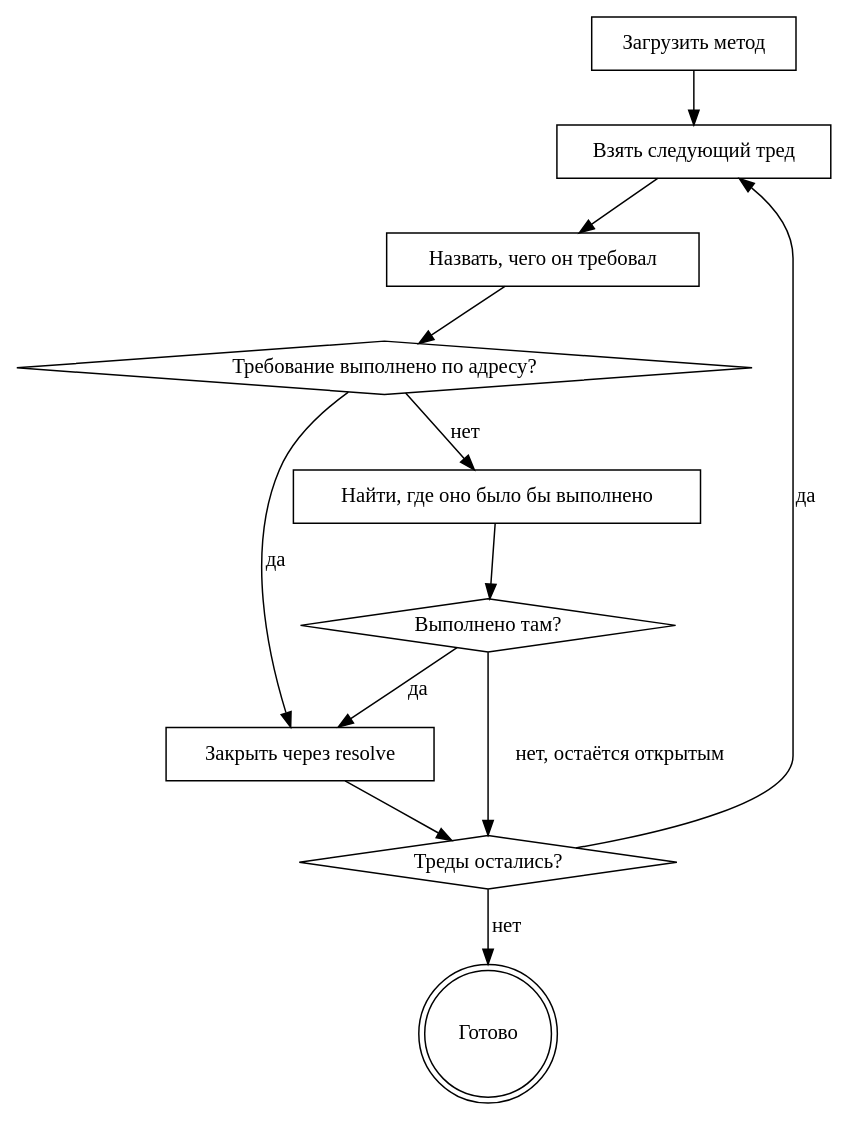
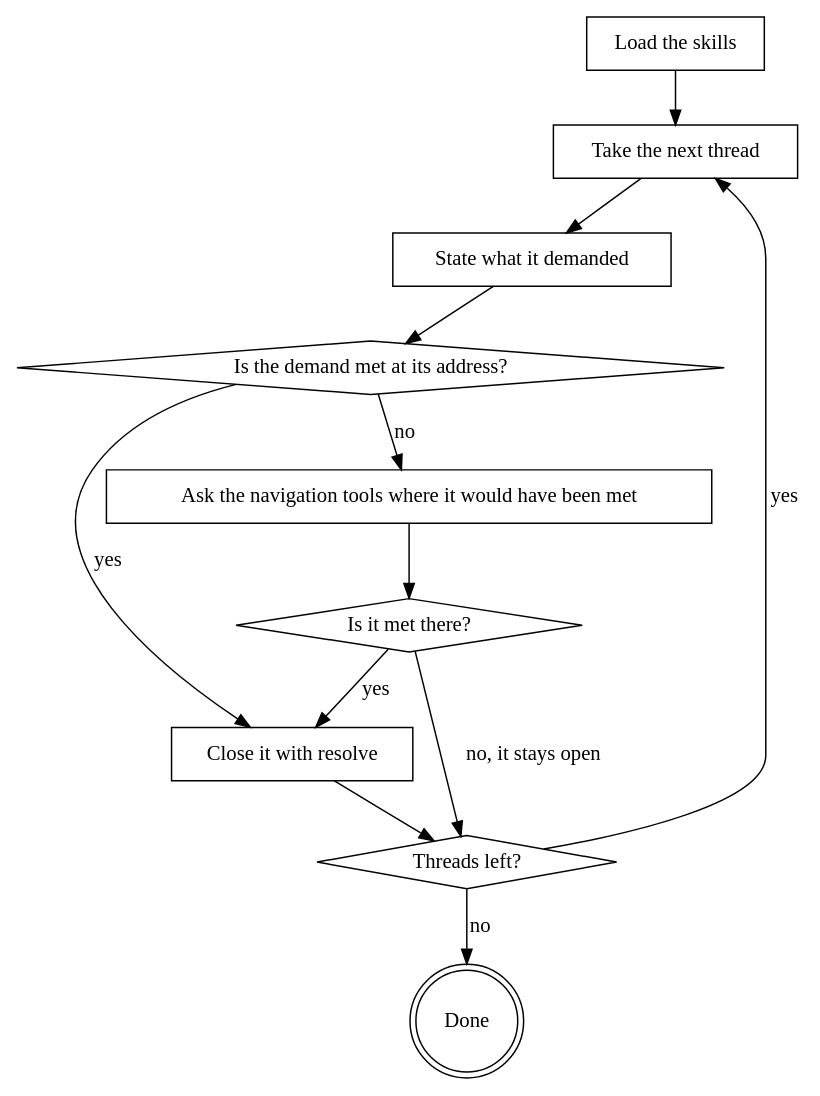
The diagram in src/stages/templates/threads.md (hakastein/llamer), drawn with Graphviz before and after one commit. The commit also changed other lines of this file and 44 other files, not shown here.

````diff
--- a/src/stages/templates/threads.md
+++ b/src/stages/templates/threads.md
@@ -57,24 +65,24 @@
 ```dot
 digraph threads {
-    "Загрузить метод" [shape=box];
-    "Взять следующий тред" [shape=box];
-    "Назвать, чего он требовал" [shape=box];
-    "Требование выполнено по адресу?" [shape=diamond];
-    "Найти, где оно было бы выполнено" [shape=box];
-    "Выполнено там?" [shape=diamond];
-    "Закрыть через resolve" [shape=box];
-    "Треды остались?" [shape=diamond];
-    "Готово" [shape=doublecircle];
-    "Загрузить метод" -> "Взять следующий тред";
-    "Взять следующий тред" -> "Назвать, чего он требовал";
-    "Назвать, чего он требовал" -> "Требование выполнено по адресу?";
-    "Требование выполнено по адресу?" -> "Закрыть через resolve" [label="да"];
-    "Требование выполнено по адресу?" -> "Найти, где оно было бы выполнено" [label="нет"];
-    "Найти, где оно было бы выполнено" -> "Выполнено там?";
-    "Выполнено там?" -> "Закрыть через resolve" [label="да"];
-    "Выполнено там?" -> "Треды остались?" [label="нет, остаётся открытым"];
-    "Закрыть через resolve" -> "Треды остались?";
-    "Треды остались?" -> "Взять следующий тред" [label="да"];
-    "Треды остались?" -> "Готово" [label="нет"];
+    "Load the skills" [shape=box];
+    "Take the next thread" [shape=box];
+    "State what it demanded" [shape=box];
+    "Is the demand met at its address?" [shape=diamond];
+    "Ask the navigation tools where it would have been met" [shape=box];
+    "Is it met there?" [shape=diamond];
+    "Close it with resolve" [shape=box];
+    "Threads left?" [shape=diamond];
+    "Done" [shape=doublecircle];
+    "Load the skills" -> "Take the next thread";
+    "Take the next thread" -> "State what it demanded";
+    "State what it demanded" -> "Is the demand met at its address?";
+    "Is the demand met at its address?" -> "Close it with resolve" [label="yes"];
+    "Is the demand met at its address?" -> "Ask the navigation tools where it would have been met" [label="no"];
+    "Ask the navigation tools where it would have been met" -> "Is it met there?";
+    "Is it met there?" -> "Close it with resolve" [label="yes"];
+    "Is it met there?" -> "Threads left?" [label="no, it stays open"];
+    "Close it with resolve" -> "Threads left?";
+    "Threads left?" -> "Take the next thread" [label="yes"];
+    "Threads left?" -> "Done" [label="no"];
 }
 ```
````
